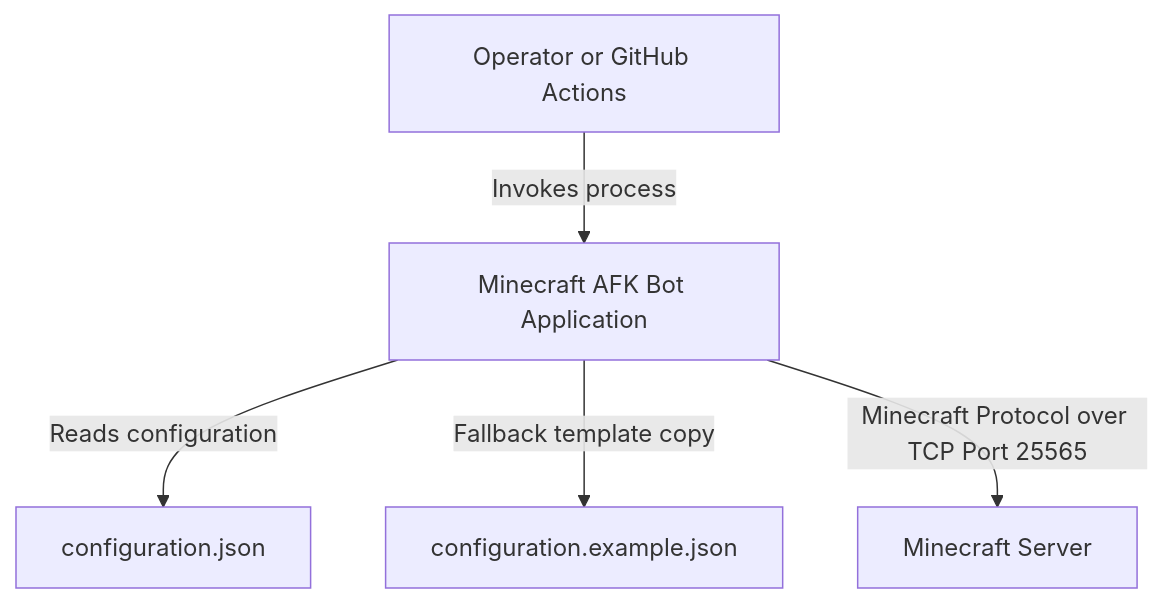
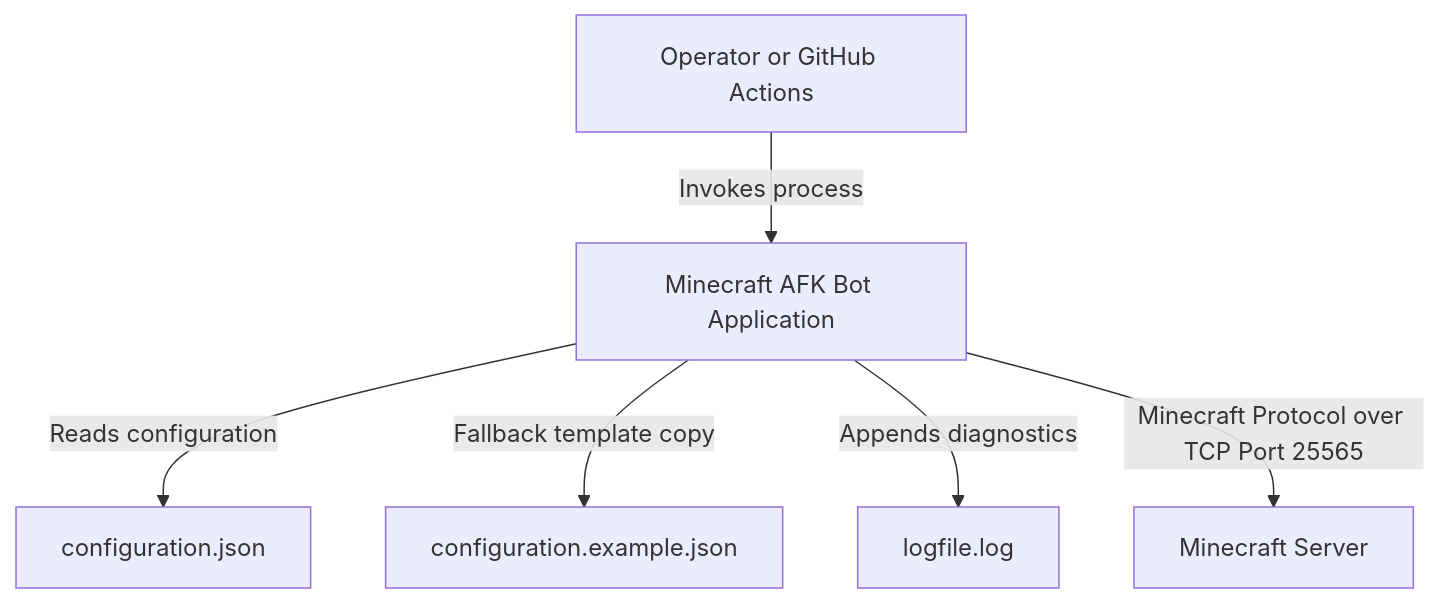
The first of 7 diagrams in ARCHITECTURE.md (hmlendea/minecraft-afk-bot), drawn with Mermaid before and after one commit. The commit also changed other lines of this file and 5 other files, not shown here.

````diff
--- a/ARCHITECTURE.md
+++ b/ARCHITECTURE.md
@@ -47,7 +48,8 @@
 ```mermaid
 graph TD
     User["Operator or GitHub Actions"] -->|Invokes process| Bot["Minecraft AFK Bot Application"]
     Bot -->|Reads configuration| ConfigFile["configuration.json"]
     Bot -->|Fallback template copy| ConfigTemplate["configuration.example.json"]
+    Bot -->|Appends diagnostics| LogFile["logfile.log"]
     Bot -->|Minecraft Protocol over TCP Port 25565| Server["Minecraft Server"]
 ```
````
